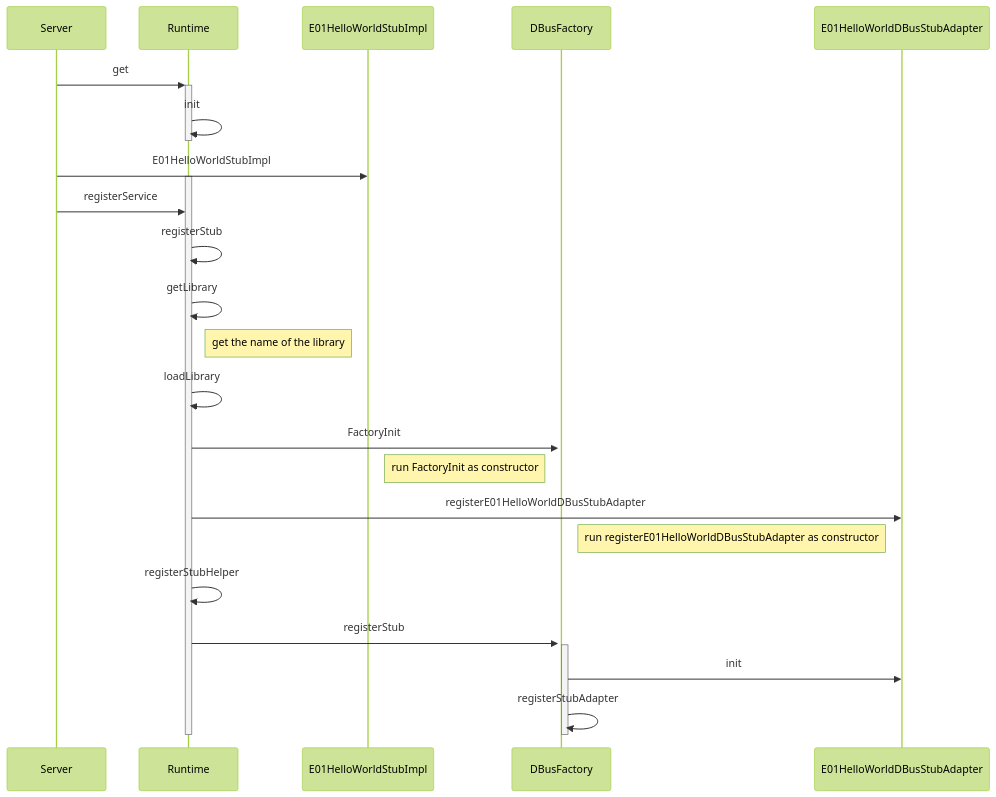
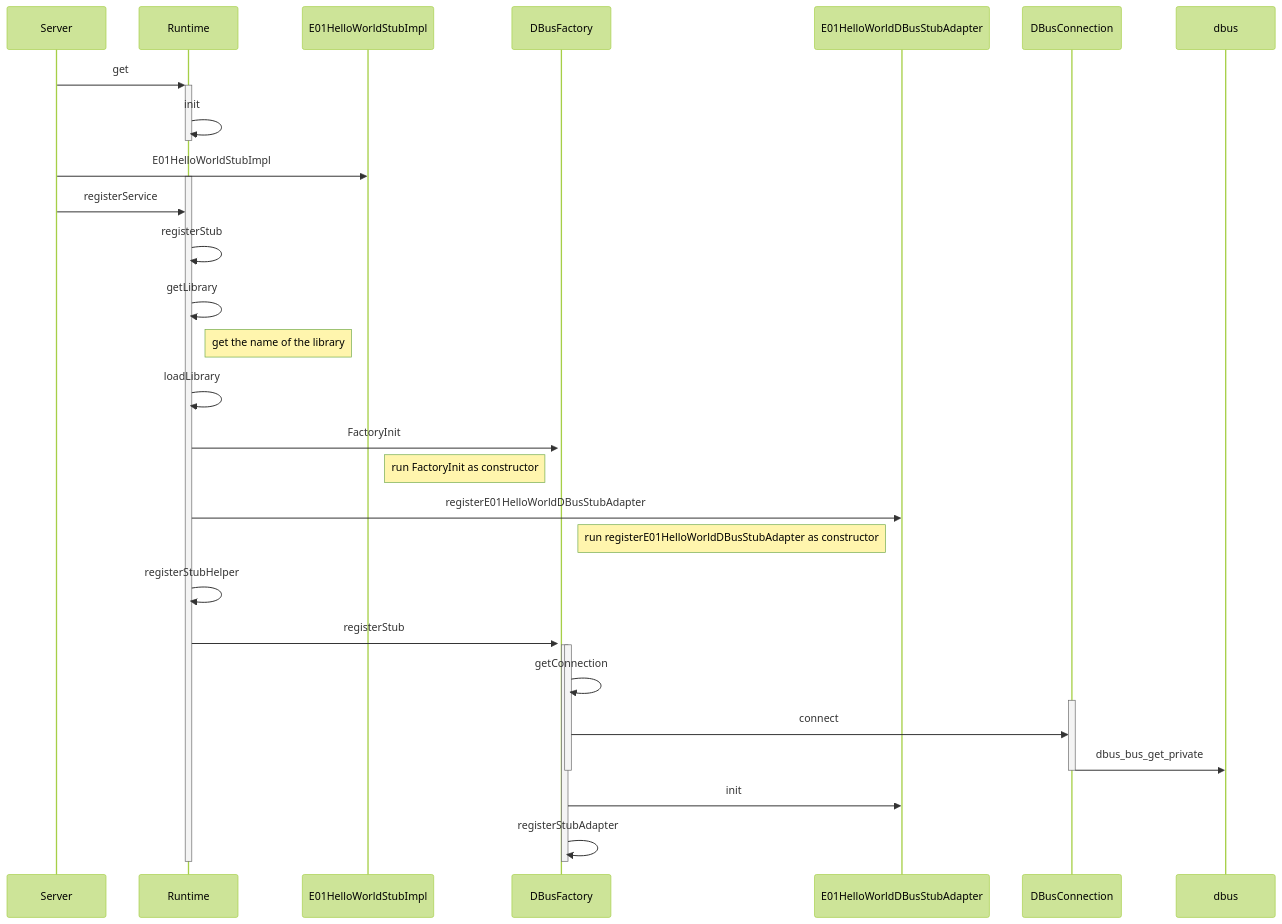
Before and after one commit to zeerd/zeerd.github.io: the first of 5 diagrams in _posts/2018-10-23-capicxx-example-helloworld.md, drawn with Mermaid (forest theme). The commit also changed other lines of this file, not shown here.

````diff
--- a/_posts/2018-10-23-capicxx-example-helloworld.md
+++ b/_posts/2018-10-23-capicxx-example-helloworld.md
@@ -14,22 +14,29 @@
 ```mermaid
 sequenceDiagram
 
     Server ->> +Runtime : get
     Runtime ->> -Runtime : init
     Server ->> E01HelloWorldStubImpl : E01HelloWorldStubImpl
     activate Runtime
     Server ->> Runtime : registerService
     Runtime ->> Runtime : registerStub
     Runtime ->> Runtime : getLibrary
     Note right of Runtime: get the name of the library
     Runtime ->> Runtime : loadLibrary
     Runtime ->> +DBusFactory : FactoryInit
     Note left of DBusFactory : run FactoryInit as constructor
     Runtime ->> E01HelloWorldDBusStubAdapter : registerE01HelloWorldDBusStubAdapter
     Note left of E01HelloWorldDBusStubAdapter : run registerE01HelloWorldDBusStubAdapter as constructor
     Runtime ->> Runtime : registerStubHelper
     Runtime ->> +DBusFactory : registerStub
+    activate DBusFactory
+    DBusFactory ->> DBusFactory : getConnection
+    activate DBusConnection
+    DBusFactory ->> DBusConnection : connect
+    DBusConnection ->> dbus : dbus_bus_get_private
+    deactivate DBusConnection
+    deactivate DBusFactory
     DBusFactory ->> E01HelloWorldDBusStubAdapter : init
     DBusFactory ->> -DBusFactory : registerStubAdapter
     deactivate Runtime
 ```
````
